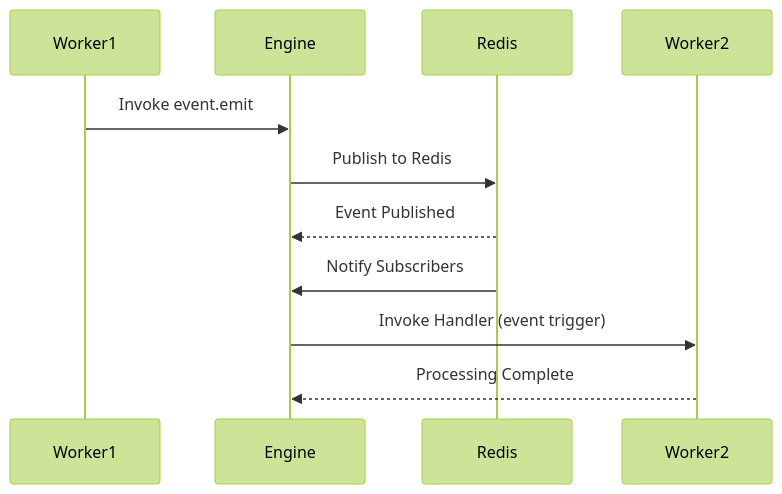
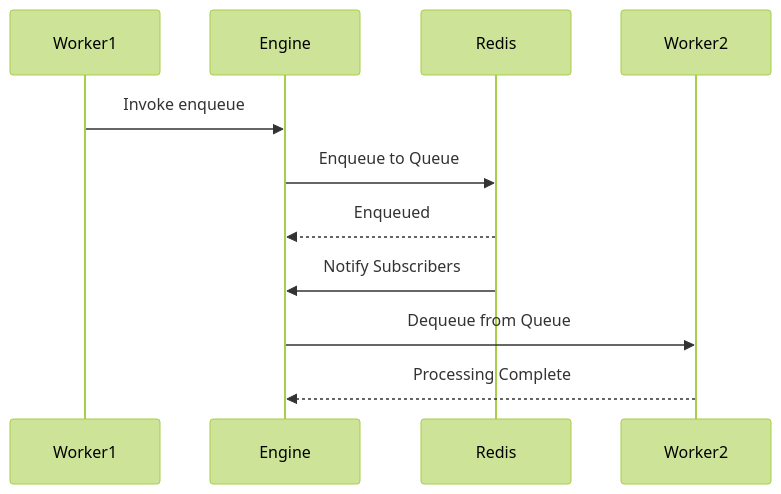
Before and after one commit to iii-hq/docs: the third of 6 diagrams in content/advanced/architecture.mdx, drawn with Mermaid (forest theme). The commit also changed 11 other files, not shown here.

````diff
--- a/content/advanced/architecture.mdx
+++ b/content/advanced/architecture.mdx
@@ -100,15 +100,15 @@
 ```mermaid
 sequenceDiagram
     participant W1 as Worker1
     participant E as Engine
     participant R as Redis
     participant W2 as Worker2
 
-    W1->>E: Invoke event.emit
-    E->>R: Publish to Redis
-    R-->>E: Event Published
+    W1->>E: Invoke enqueue
+    E->>R: Enqueue to Queue
+    R-->>E: Enqueued
 
     R->>E: Notify Subscribers
-    E->>W2: Invoke Handler (event trigger)
+    E->>W2: Dequeue from Queue
     W2-->>E: Processing Complete
 ```
````
